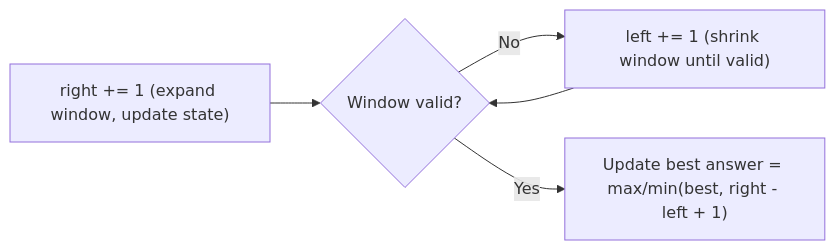
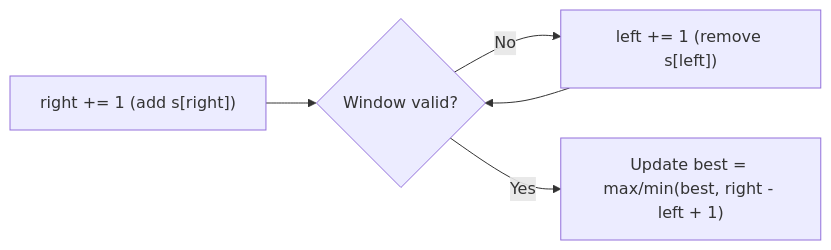
One commit to SanjayR857/All-in-One-Notes changed the diagram in grokking-coding-interview/03-sliding-window.md. Above: the diagram before and after it, drawn with Mermaid. The commit also changed other lines of this file and 22 other files, not shown here.

````diff
--- a/grokking-coding-interview/03-sliding-window.md
+++ b/grokking-coding-interview/03-sliding-window.md
@@ -21,7 +20,6 @@
 ```mermaid
 flowchart LR
-    Expand["right += 1 (expand window, update state)"] --> Valid{"Window valid?"}
-    Valid -- No --> Shrink["left += 1 (shrink window until valid)"]
-    Shrink --> Valid
-    Valid -- Yes --> Record["Update best answer = max/min(best, right - left + 1)"]
+    Expand["right += 1 (add s[right])"] --> Check{"Window valid?"}
+    Check -- No --> Shrink["left += 1 (remove s[left])"] --> Check
+    Check -- Yes --> Best["Update best = max/min(best, right - left + 1)"]
 ```
````
